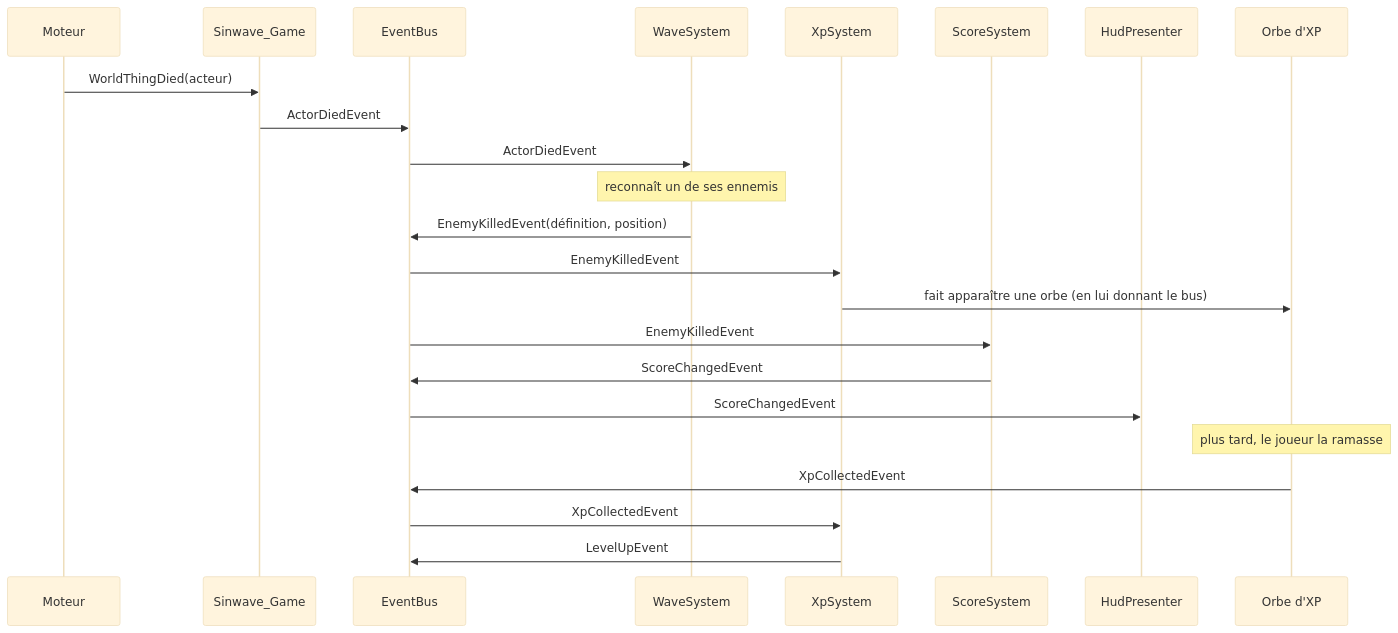
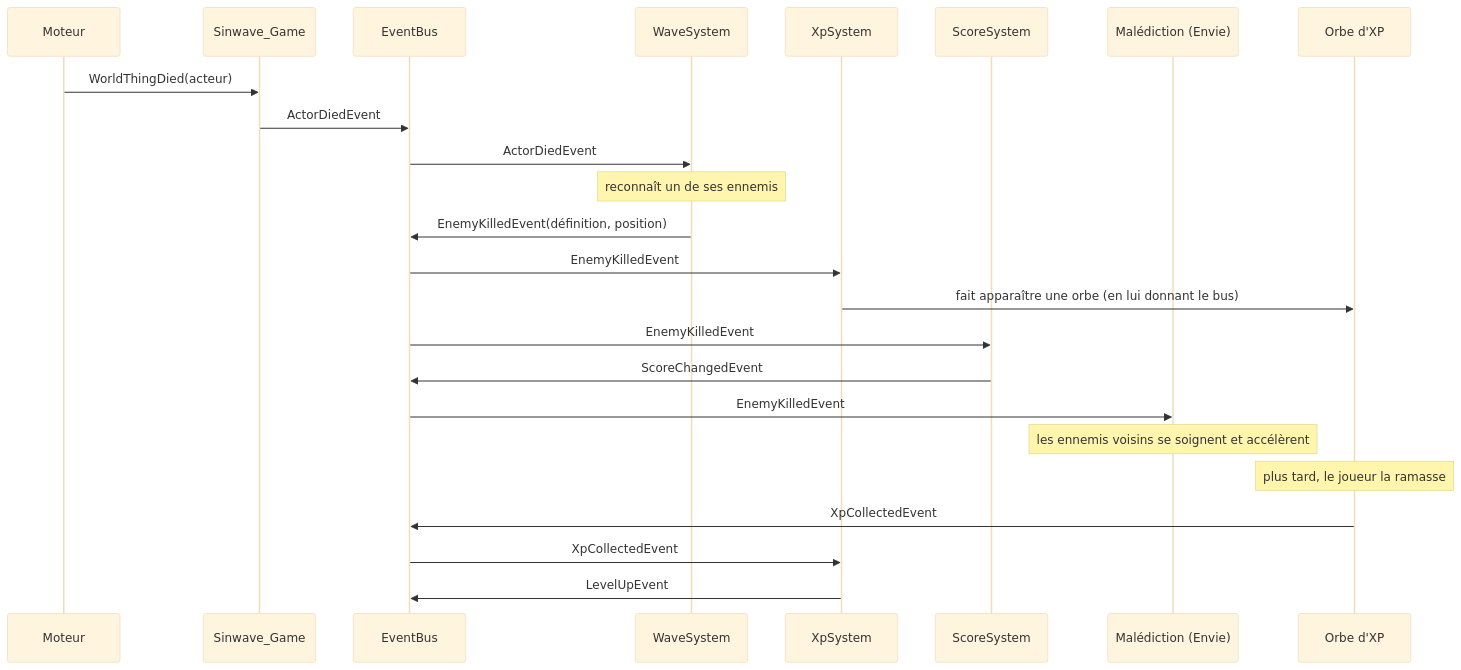
One commit to yann985/DOOMSinwave changed the third of 4 diagrams in docs/ARCHITECTURE.md. Above: the diagram before and after it, drawn with Mermaid (base theme). The commit also changed other lines of this file and 8 other files, not shown here.

````diff
--- a/docs/ARCHITECTURE.md
+++ b/docs/ARCHITECTURE.md
@@ -97,26 +145,27 @@
 ```mermaid
 sequenceDiagram
     participant M as Moteur
     participant G as Sinwave_Game
     participant B as EventBus
     participant W as WaveSystem
     participant X as XpSystem
     participant S as ScoreSystem
-    participant P as HudPresenter
+    participant C as Malédiction (Envie)
     participant O as Orbe d'XP
 
     M->>G: WorldThingDied(acteur)
     G->>B: ActorDiedEvent
     B->>W: ActorDiedEvent
     Note over W: reconnaît un de ses ennemis
     W->>B: EnemyKilledEvent(définition, position)
     B->>X: EnemyKilledEvent
     X->>O: fait apparaître une orbe (en lui donnant le bus)
     B->>S: EnemyKilledEvent
     S->>B: ScoreChangedEvent
-    B->>P: ScoreChangedEvent
+    B->>C: EnemyKilledEvent
+    Note over C: les ennemis voisins se soignent et accélèrent
     Note over O: plus tard, le joueur la ramasse
     O->>B: XpCollectedEvent
     B->>X: XpCollectedEvent
     X->>B: LevelUpEvent
 ```
````
